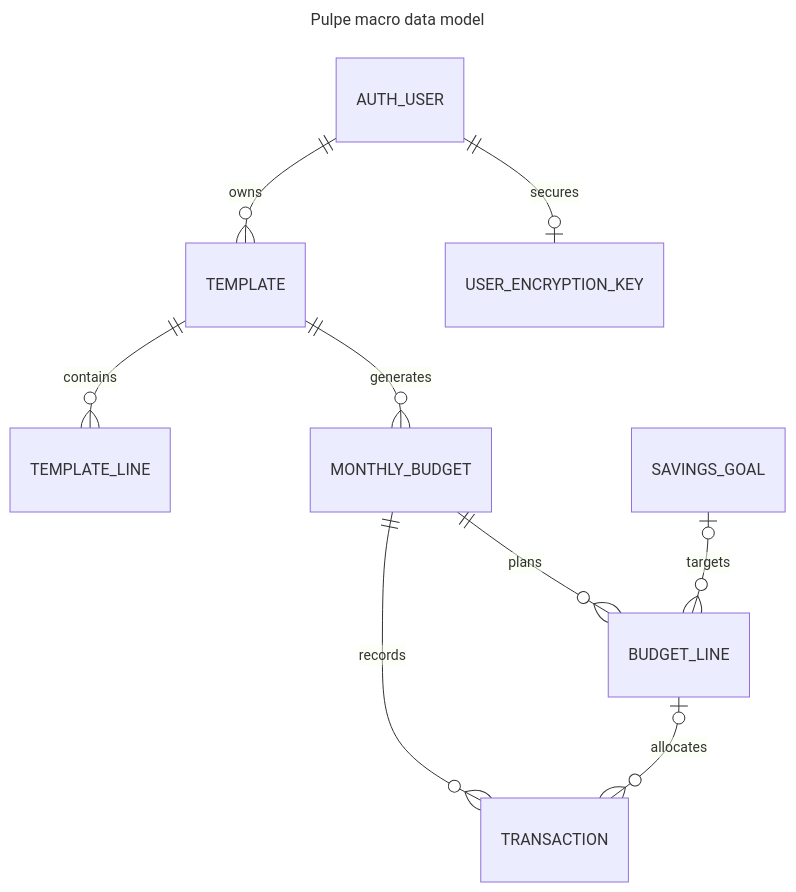
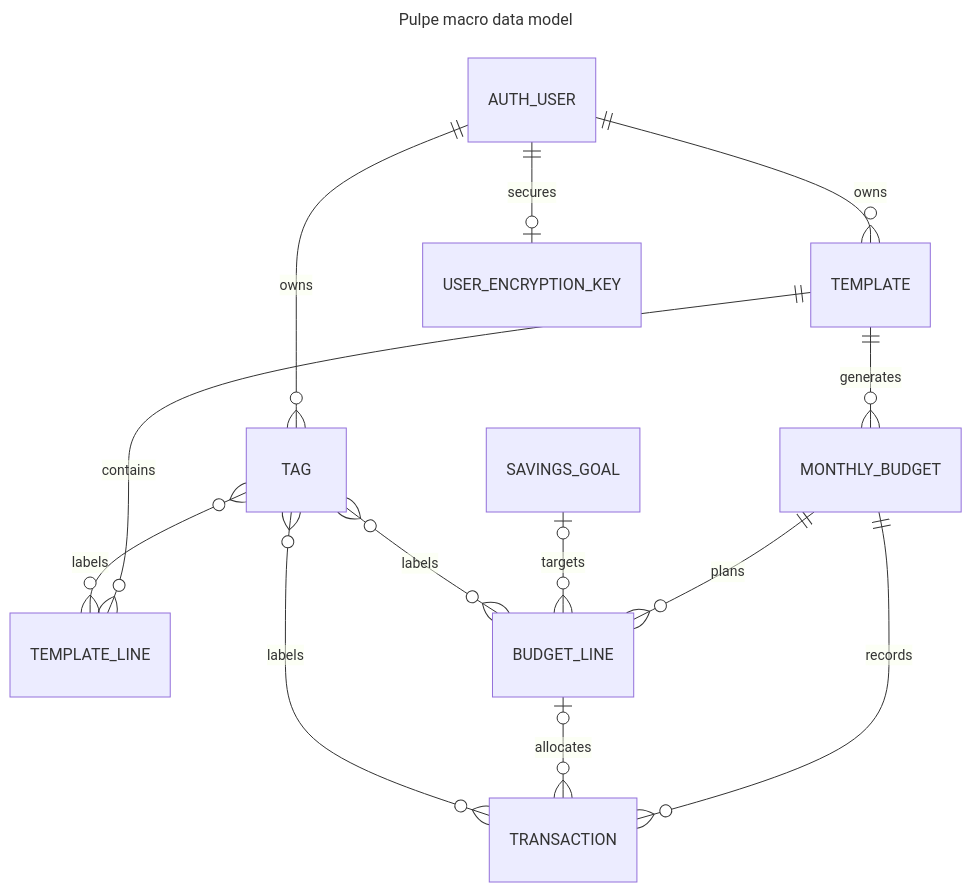
One commit to neogenz/pulpe changed the diagram in aidd_docs/memory/database.md. Above: the diagram before and after it, drawn with Mermaid. The commit also changed 3 other files, not shown here.

````diff
--- a/aidd_docs/memory/database.md
+++ b/aidd_docs/memory/database.md
@@ -7,14 +7,18 @@
 ```mermaid
 ---
 title: Pulpe macro data model
 ---
 erDiagram
     AUTH_USER ||--o{ TEMPLATE : owns
     AUTH_USER ||--o| USER_ENCRYPTION_KEY : secures
     TEMPLATE ||--o{ TEMPLATE_LINE : contains
     TEMPLATE ||--o{ MONTHLY_BUDGET : generates
     MONTHLY_BUDGET ||--o{ BUDGET_LINE : plans
     MONTHLY_BUDGET ||--o{ TRANSACTION : records
     BUDGET_LINE o|--o{ TRANSACTION : allocates
     SAVINGS_GOAL o|--o{ BUDGET_LINE : targets
+    AUTH_USER ||--o{ TAG : owns
+    TAG }o--o{ BUDGET_LINE : labels
+    TAG }o--o{ TRANSACTION : labels
+    TAG }o--o{ TEMPLATE_LINE : labels
 ```
````
